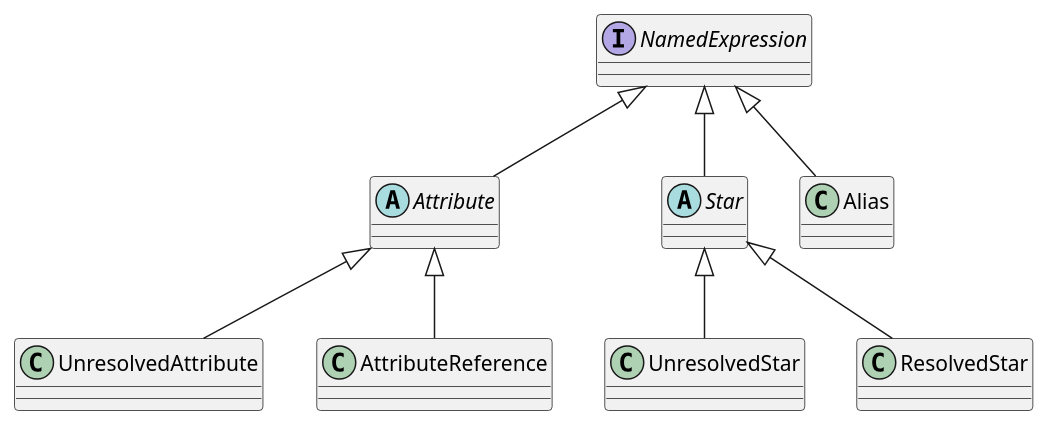
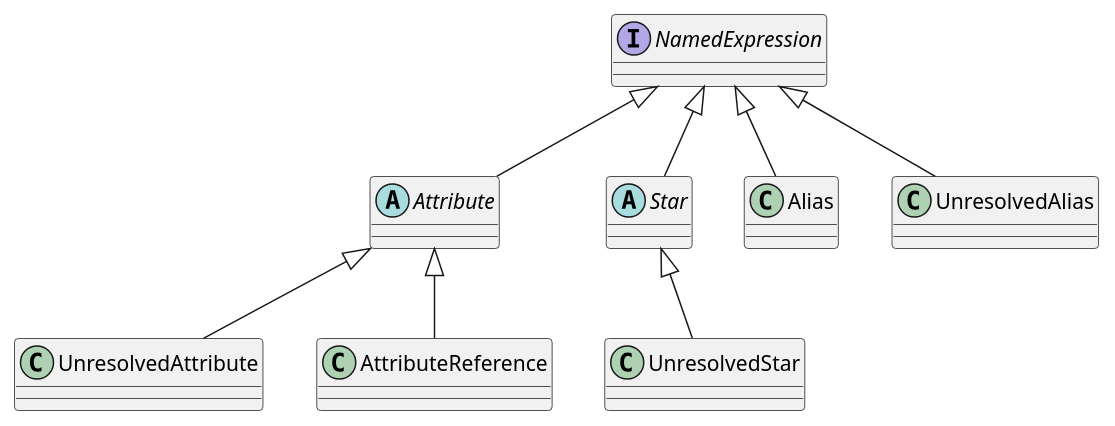
One commit to dailai/blog-1 changed the diagram in spark-sql/expression.md. Above: the diagram before and after it, drawn with PlantUML. The commit also changed other lines of this file and 2 other files, not shown here.

```diff
--- a/spark-sql/expression.md
+++ b/spark-sql/expression.md
@@ -233,17 +246,17 @@
 {% plantuml %}
 
 @startuml
 interface NamedExpression
 abstract class Attribute
 abstract class Star
 
 NamedExpression <|-- Attribute
 Attribute <|-- UnresolvedAttribute
 Attribute <|-- AttributeReference
 NamedExpression <|-- Alias
+NamedExpression <|--  UnresolvedAlias
 NamedExpression <|-- Star
 Star <|-- UnresolvedStar
-Star <|-- ResolvedStar
 @enduml
 
 {% endplantuml %}
```
